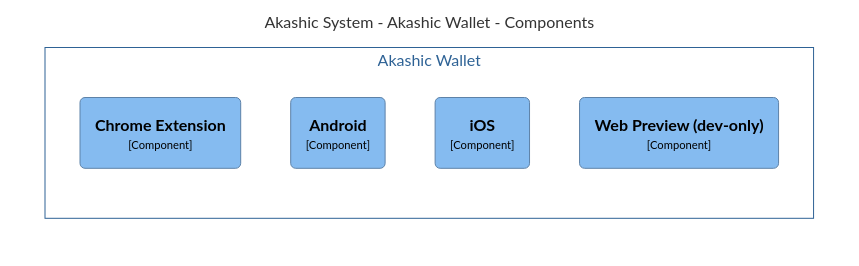
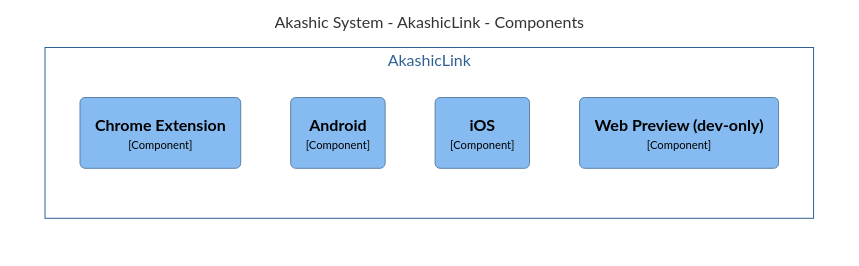
Before and after one commit to akashicproject/akashiclink: the diagram in README.md, drawn with Mermaid. The commit also changed other lines of this file and 11 other files, not shown here.

Commit message:
chore: rename Akashic Wallet to AkashicLink

````diff
--- a/README.md
+++ b/README.md
@@ -7,22 +7,22 @@
 ```mermaid
 graph LR
   linkStyle default fill:#ffffff
 
-  subgraph diagram [Akashic System - Akashic Wallet - Components]
+  subgraph diagram [Akashic System - AkashicLink - Components]
     style diagram fill:#ffffff,stroke:#ffffff
 
-    subgraph 7 [Akashic Wallet]
+    subgraph 7 [AkashicLink]
       style 7 fill:#ffffff,stroke:#2e6295,color:#2e6295
 
       11("<div style='font-weight: bold'>Chrome Extension</div><div style='font-size: 70%; margin-top: 0px'>[Component]</div>")
       style 11 fill:#85bbf0,stroke:#5d82a8,color:#000000
       12("<div style='font-weight: bold'>Android</div><div style='font-size: 70%; margin-top: 0px'>[Component]</div>")
       style 12 fill:#85bbf0,stroke:#5d82a8,color:#000000
       13("<div style='font-weight: bold'>iOS</div><div style='font-size: 70%; margin-top: 0px'>[Component]</div>")
       style 13 fill:#85bbf0,stroke:#5d82a8,color:#000000
       14("<div style='font-weight: bold'>Web Preview (dev-only)</div><div style='font-size: 70%; margin-top: 0px'>[Component]</div>")
       style 14 fill:#85bbf0,stroke:#5d82a8,color:#000000
     end
 
   end
 ```
````
